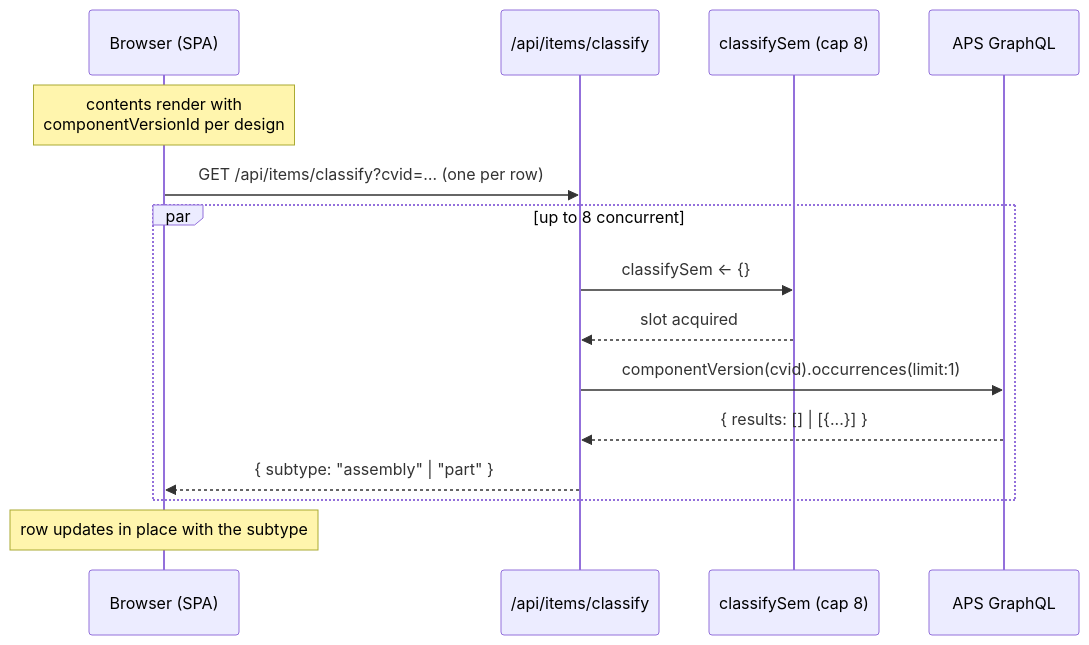
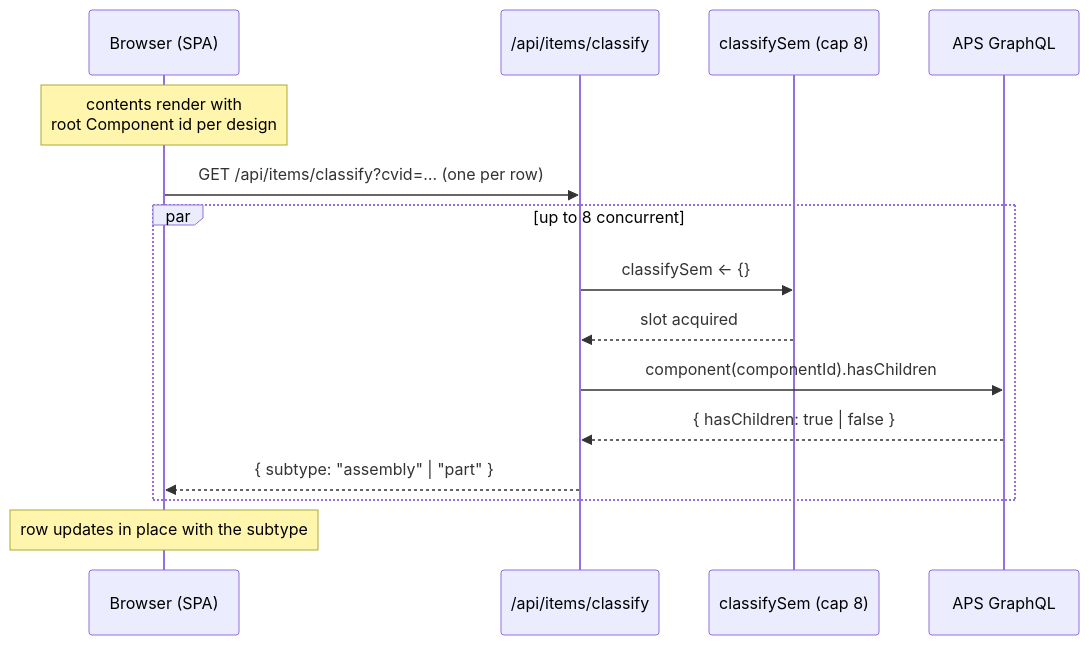
One commit to schneik80/fusionlocalserver changed the seventh of 7 diagrams in docs/architecture.md. Above: the diagram before and after it, drawn with Mermaid. The commit also changed other lines of this file and 19 other files, not shown here.

````diff
--- a/docs/architecture.md
+++ b/docs/architecture.md
@@ -250,18 +253,18 @@
 ```mermaid
 sequenceDiagram
     participant B as Browser (SPA)
     participant H as /api/items/classify
     participant Sem as classifySem (cap 8)
     participant APS as APS GraphQL
 
-    Note over B: contents render with<br/>componentVersionId per design
+    Note over B: contents render with<br/>root Component id per design
     B->>H: GET /api/items/classify?cvid=… (one per row)
     par up to 8 concurrent
         H->>Sem: classifySem <- {}
         Sem-->>H: slot acquired
-        H->>APS: componentVersion(cvid).occurrences(limit:1)
-        APS-->>H: { results: [] | [{...}] }
+        H->>APS: component(componentId).hasChildren
+        APS-->>H: { hasChildren: true | false }
         H-->>B: { subtype: "assembly" | "part" }
     end
     Note over B: row updates in place with the subtype
 ```
````
